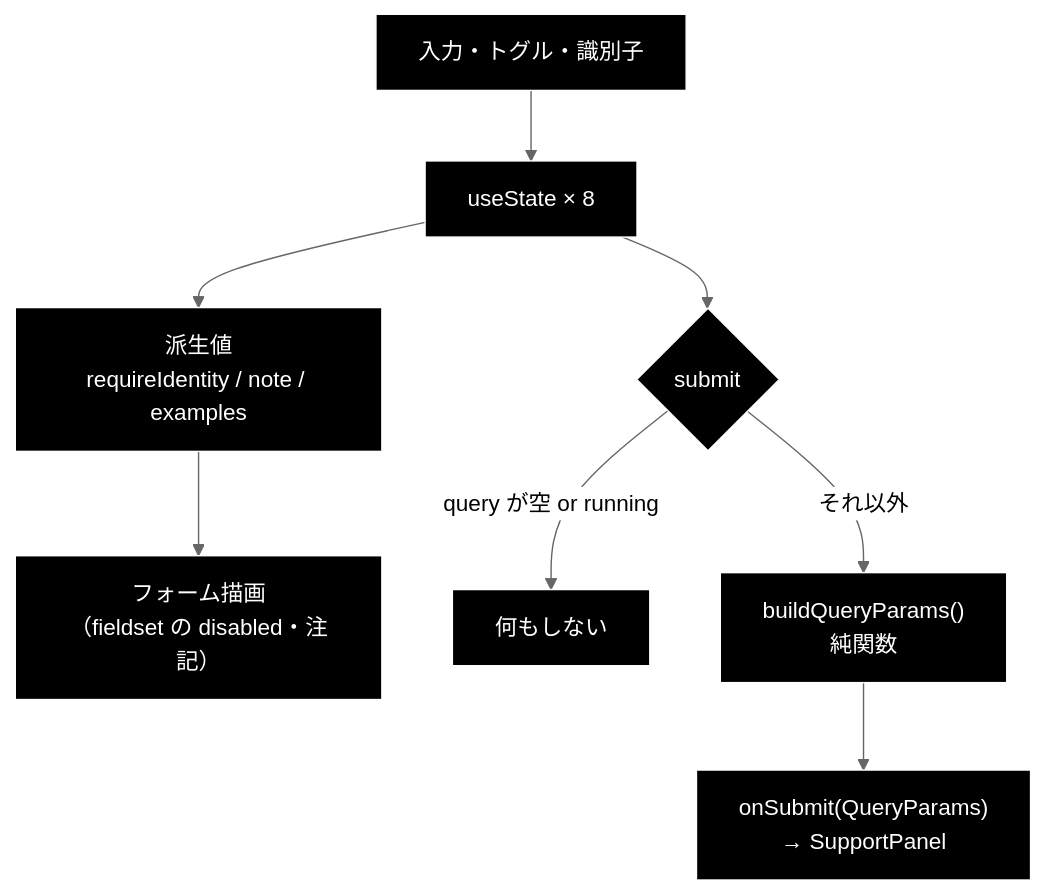
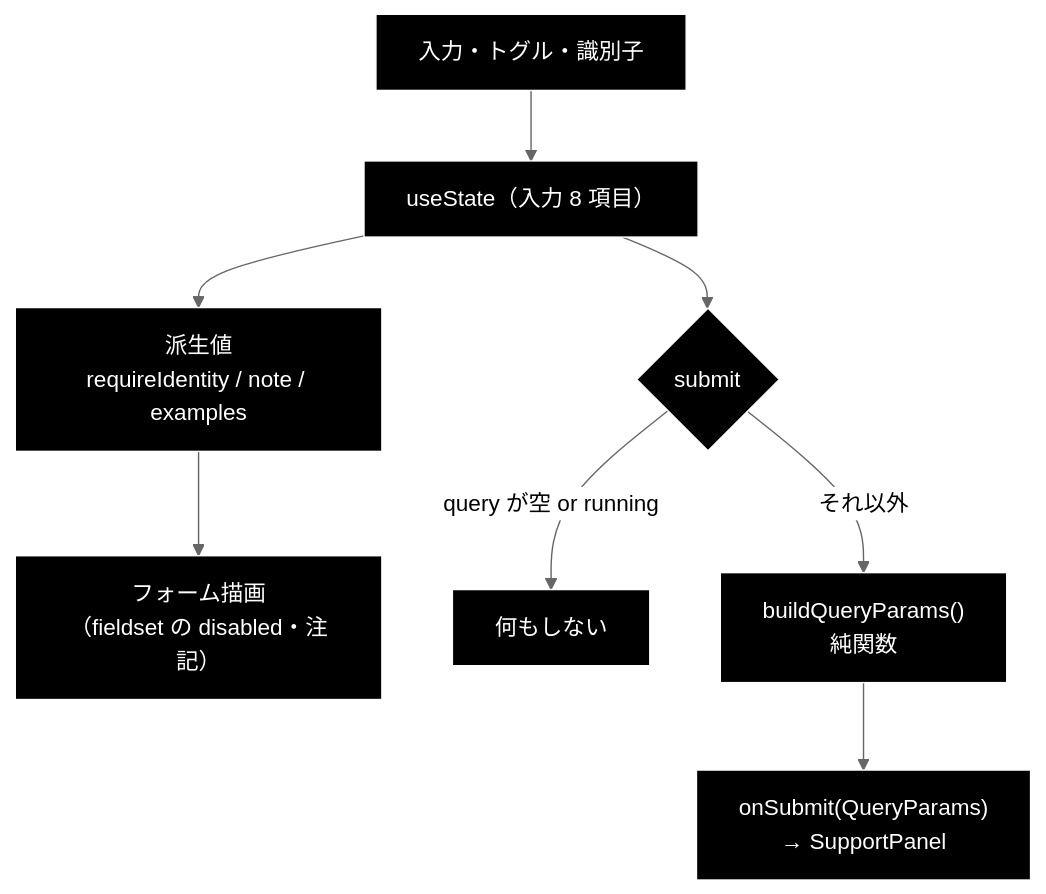
One commit to nakashima2toshio/grace_v2 changed the second of 3 diagrams in frontend/docs/QueryForm.md. Above: the diagram before and after it, drawn with Mermaid (neutral theme). The commit also changed other lines of this file and 5 other files, not shown here.

````diff
--- a/frontend/docs/QueryForm.md
+++ b/frontend/docs/QueryForm.md
@@ -233,12 +264,12 @@
 ```mermaid
 flowchart TB
-    Input["入力・トグル・識別子"] --> State["useState × 8"]
+    Input["入力・トグル・識別子"] --> State["useState（入力 8 項目）"]
     State --> Derive["派生値<br>requireIdentity / note / examples"]
     Derive --> Render["フォーム描画<br>（fieldset の disabled・注記）"]
     State --> Submit{"submit"}
     Submit -->|"query が空 or running"| Nop["何もしない"]
     Submit -->|"それ以外"| Build["buildQueryParams()<br>純関数"]
     Build --> Parent["onSubmit(QueryParams)<br>→ SupportPanel"]
 classDef default fill:#000,stroke:#fff,color:#fff
 class Input,State,Derive,Render,Submit,Nop,Build,Parent default
 ```
````
